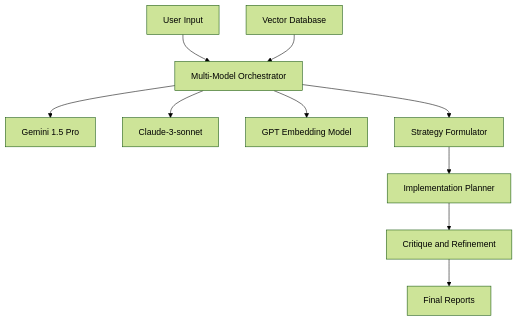
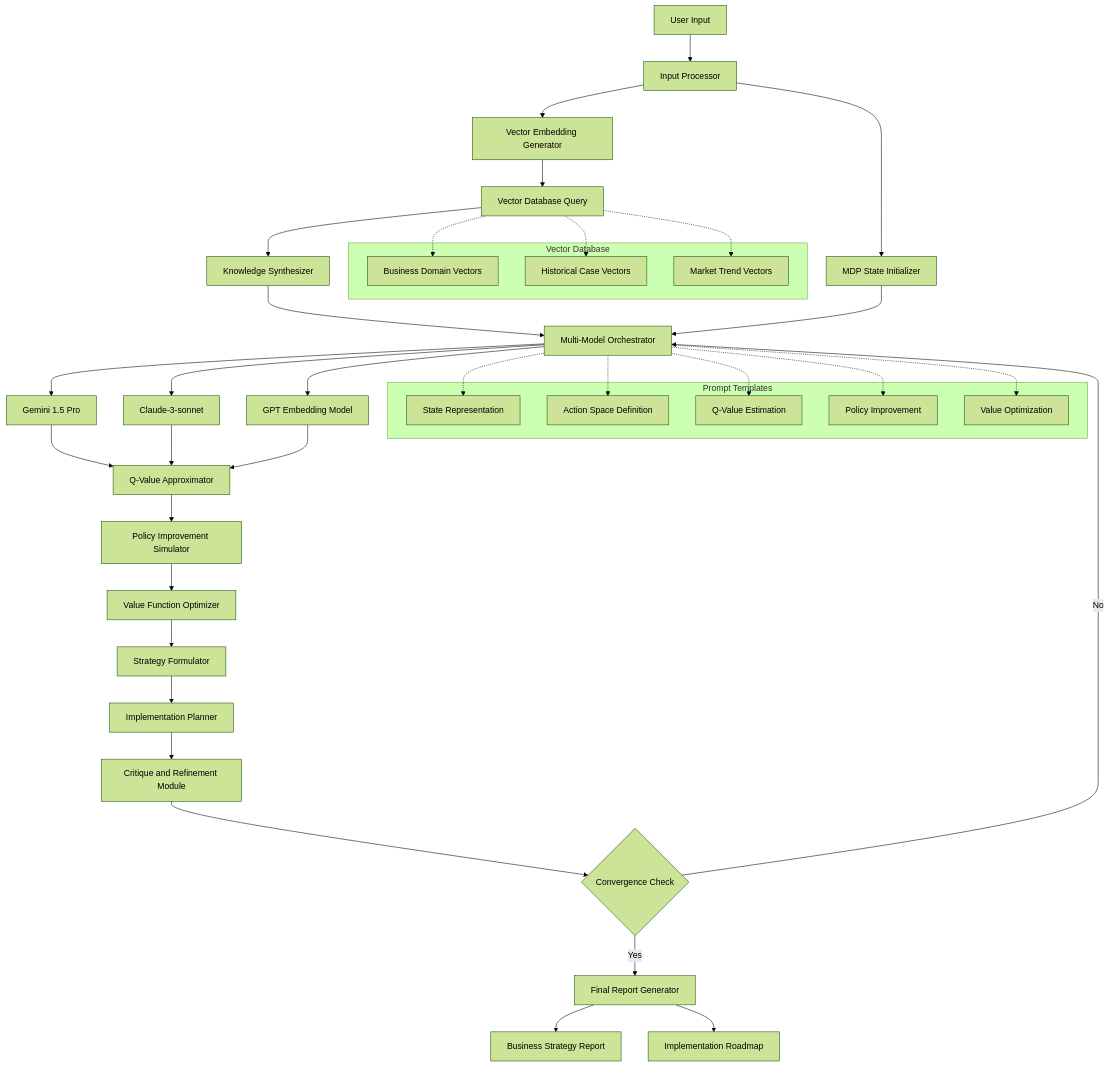
Before and after one commit to PixelPoser/CEO-Pro: the diagram in README.md, drawn with Mermaid (forest theme).

````diff
--- a/README.md
+++ b/README.md
@@ -63,12 +63,43 @@
 ```mermaid
 graph TD
-    A[User Input] --> B[Multi-Model Orchestrator]
-    B --> C[Gemini 1.5 Pro]
-    B --> D[Claude-3-sonnet]
-    B --> E[GPT Embedding Model]
-    F[Vector Database] --> B
-    B --> G[Strategy Formulator]
-    G --> H[Implementation Planner]
-    H --> I[Critique and Refinement]
-    I --> J[Final Reports]
+    A[User Input] --> B[Input Processor]
+    B --> C[Vector Embedding Generator]
+    C --> D[Vector Database Query]
+    D --> E[Knowledge Synthesizer]
+    B --> F[MDP State Initializer]
+    F --> G[Multi-Model Orchestrator]
+    E --> G
+    G --> H[Gemini 1.5 Pro]
+    G --> I[Claude-3-sonnet]
+    G --> J[GPT Embedding Model]
+    H & I & J --> K[Q-Value Approximator]
+    K --> L[Policy Improvement Simulator]
+    L --> M[Value Function Optimizer]
+    M --> N[Strategy Formulator]
+    N --> O[Implementation Planner]
+    O --> P[Critique and Refinement Module]
+    P --> Q{Convergence Check}
+    Q -->|No| G
+    Q -->|Yes| R[Final Report Generator]
+    R --> S[Business Strategy Report]
+    R --> T[Implementation Roadmap]
+
+    subgraph "Vector Database"
+        V1[Business Domain Vectors]
+        V2[Historical Case Vectors]
+        V3[Market Trend Vectors]
+    end
+
+    D -.-> V1 & V2 & V3
+
+    subgraph "Prompt Templates"
+        PT1[State Representation]
+        PT2[Action Space Definition]
+        PT3[Q-Value Estimation]
+        PT4[Policy Improvement]
+        PT5[Value Optimization]
+    end
+
+    G -.-> PT1 & PT2 & PT3 & PT4 & PT5
+
 ```
````
